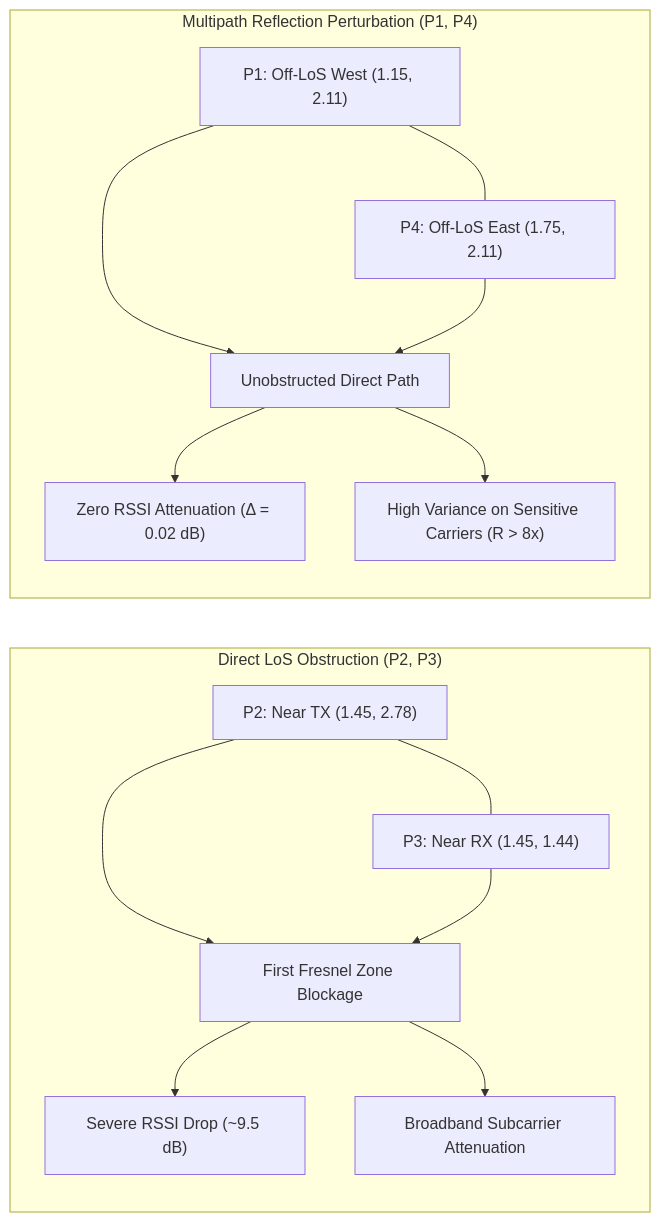
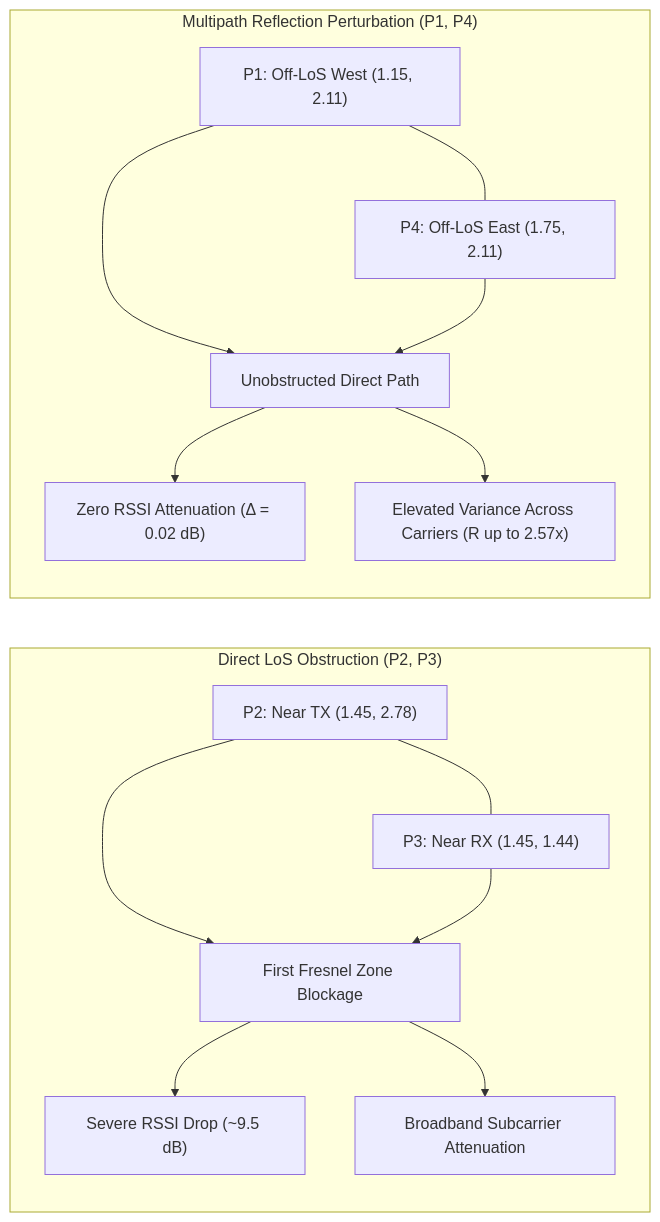
The second of 2 diagrams in docs/content/01_eda.md (wrlxavier/wifi-csi-presence-detection), drawn with Mermaid before and after one commit. The commit also changed other lines of this file and 2 other files, not shown here.

````diff
--- a/docs/content/01_eda.md
+++ b/docs/content/01_eda.md
@@ -252,18 +253,18 @@
 ```mermaid
 graph LR
     subgraph OnLoS ["Direct LoS Obstruction (P2, P3)"]
         direction TB
         P2["P2: Near TX (1.45, 2.78)"] --- P3["P3: Near RX (1.45, 1.44)"]
         P2 & P3 --> O1["First Fresnel Zone Blockage"]
         O1 --> O2["Severe RSSI Drop (~9.5 dB)"]
         O1 --> O3["Broadband Subcarrier Attenuation"]
     end
 
     subgraph OffLoS ["Multipath Reflection Perturbation (P1, P4)"]
         direction TB
         P1["P1: Off-LoS West (1.15, 2.11)"] --- P4["P4: Off-LoS East (1.75, 2.11)"]
         P1 & P4 --> M1["Unobstructed Direct Path"]
         M1 --> M2["Zero RSSI Attenuation (Δ = 0.02 dB)"]
-        M1 --> M3["High Variance on Sensitive Carriers (R > 8x)"]
+        M1 --> M3["Elevated Variance Across Carriers (R up to 2.57x)"]
     end
 ```
````
